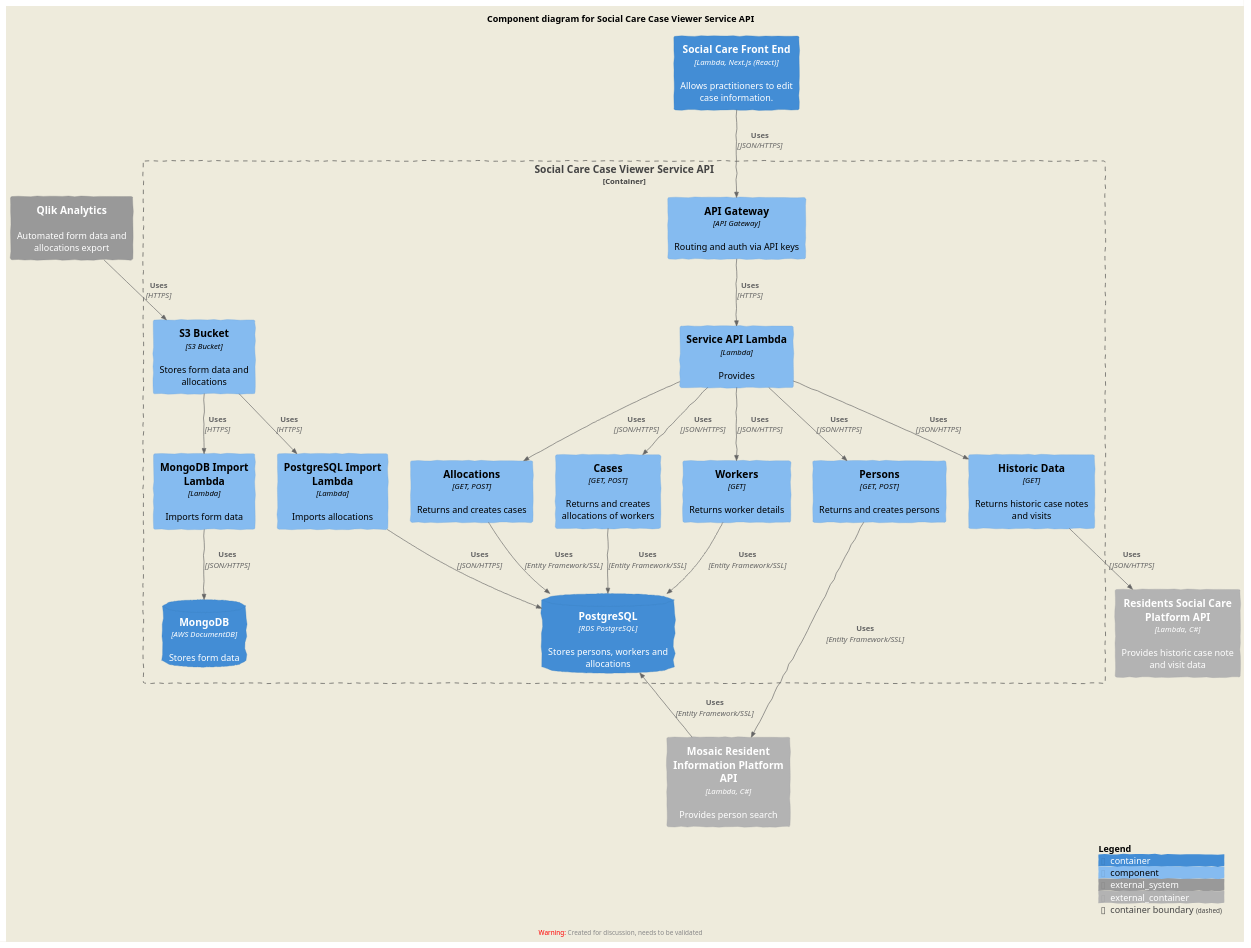
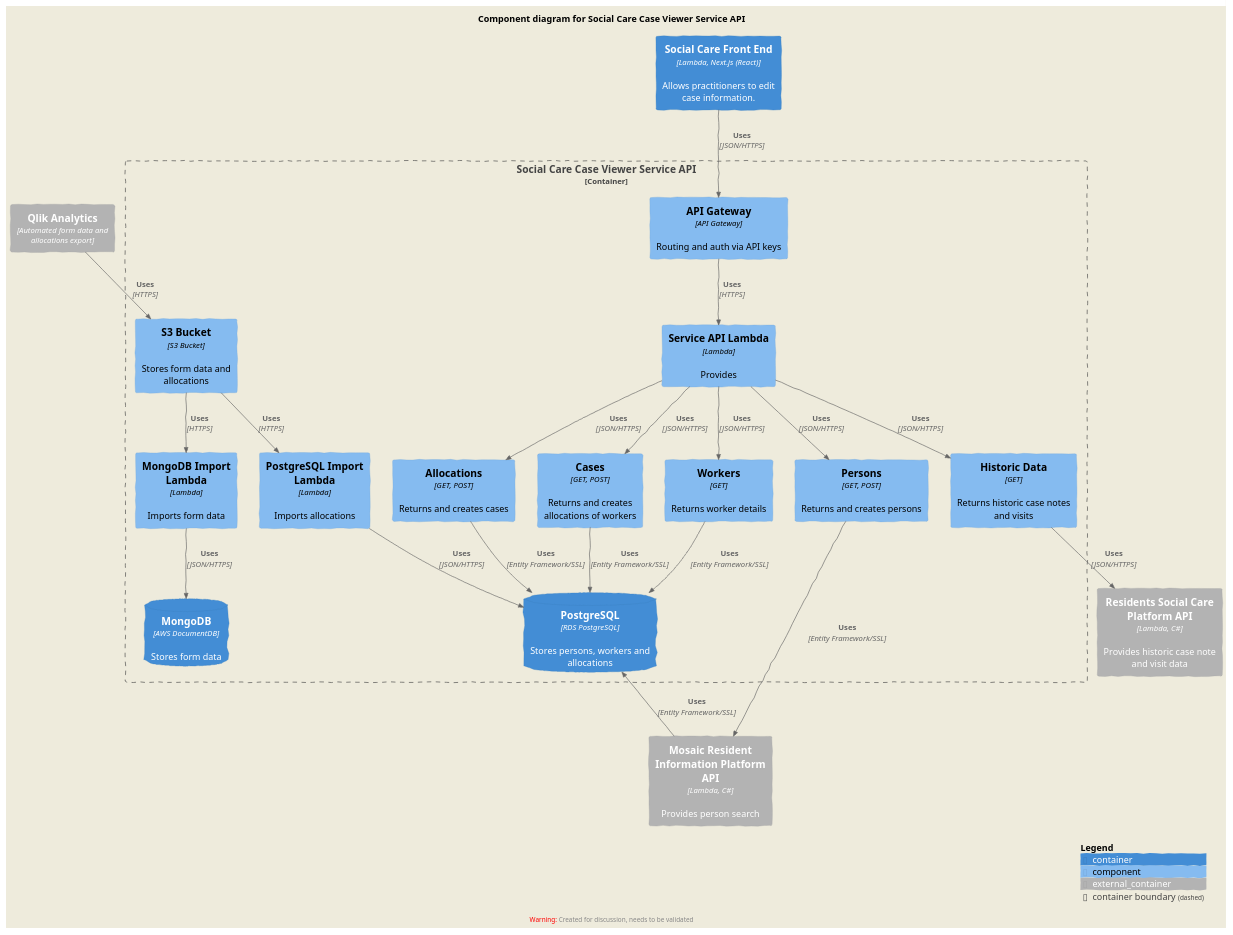
The diagram in docs/component_diagram.iuml (LBHackney-IT/social-care-case-viewer-api), drawn with PlantUML before and after one commit. The commit also changed 3 other files, not shown here.

```diff
--- a/docs/component_diagram.iuml
+++ b/docs/component_diagram.iuml
@@ -1,60 +1,62 @@
 @startuml
 !include https://raw.githubusercontent.com/plantuml-stdlib/C4-PlantUML/master/C4_Component.puml
 ' uncomment the following line and comment the first to use locally
 ' !include C4_Component.puml
+
+' Colours don't work for some reason
 ' !include https://raw.githubusercontent.com/LBHackney-IT/cv-19-res-support-v3/development/docs/diagrams/c4_shared.puml
 
 LAYOUT_AS_SKETCH()
 
 title Component diagram for Social Care Case Viewer Service API
 
-System_Ext(qlik, "Qlik Analytics", "Automated form data and allocations export")
+Container_Ext(qlik, "Qlik Analytics", "Automated form data and allocations export")
 Container(social_care_front_end, "Social Care Front End", "Lambda, Next.js (React)", "Allows practitioners to edit case information.")
 Container_Ext(resident_social_care_platform_api, "Residents Social Care Platform API",  "Lambda, C#", "Provides historic case note and visit data")
 Container_Ext(mosaic_platform_api, "Mosaic Resident Information Platform API", "Lambda, C#", "Provides person search")
 
 Container_Boundary(api, "Social Care Case Viewer Service API") {
     Component(api_gateway, "API Gateway", "API Gateway", "Routing and auth via API keys")
     Component(api_lambda, "Service API Lambda", "Lambda", "Provides ")
     Component(mongodb_import_lambda, "MongoDB Import Lambda", "Lambda", "Imports form data")
     Component(postgres_import_lambda, "PostgreSQL Import Lambda", "Lambda", "Imports allocations")
     Component(s3_bucket, "S3 Bucket", "S3 Bucket", "Stores form data and allocations")
 
     Component(persons, "Persons", "GET, POST", "Returns and creates persons")
     Component(workers, "Workers", "GET", "Returns worker details")
     Component(allocations, "Allocations", "GET, POST", "Returns and creates cases")
     Component(cases, "Cases", "GET, POST", "Returns and creates allocations of workers")
     Component(historic_data, "Historic Data", "GET", "Returns historic case notes and visits")
 
     ContainerDb(postgres, "PostgreSQL", "RDS PostgreSQL", "Stores persons, workers and allocations")
     ContainerDb(mongodb, "MongoDB", "AWS DocumentDB", "Stores form data")
 
     Rel(api_gateway, api_lambda, "Uses", "HTTPS")
     Rel(qlik, s3_bucket, "Uses", "HTTPS")
 
     Rel(s3_bucket, mongodb_import_lambda, "Uses", "HTTPS")
     Rel(s3_bucket, postgres_import_lambda, "Uses", "HTTPS")
     Rel(mongodb_import_lambda, mongodb, "Uses", "JSON/HTTPS")
     Rel(postgres_import_lambda, postgres, "Uses", "JSON/HTTPS")
 
     Rel(social_care_front_end, api_gateway, "Uses", "JSON/HTTPS")
 
     Rel(api_lambda, persons, "Uses", "JSON/HTTPS")
     Rel(persons, mosaic_platform_api, "Uses", "Entity Framework/SSL")
     Rel_U(mosaic_platform_api, postgres, "Uses", "Entity Framework/SSL")
 
     Rel(api_lambda, workers, "Uses", "JSON/HTTPS")
     Rel(workers, postgres, "Uses", "Entity Framework/SSL")
 
     Rel(api_lambda, allocations, "Uses", "JSON/HTTPS")
     Rel(allocations, postgres, "Uses", "Entity Framework/SSL")
 
     Rel(api_lambda, cases, "Uses", "JSON/HTTPS")
     Rel(cases, postgres, "Uses", "Entity Framework/SSL")
 
     Rel(api_lambda, historic_data, "Uses", "JSON/HTTPS")
     Rel(historic_data, resident_social_care_platform_api, "Uses", "JSON/HTTPS")
 }
 
 SHOW_DYNAMIC_LEGEND()
 @enduml
```
